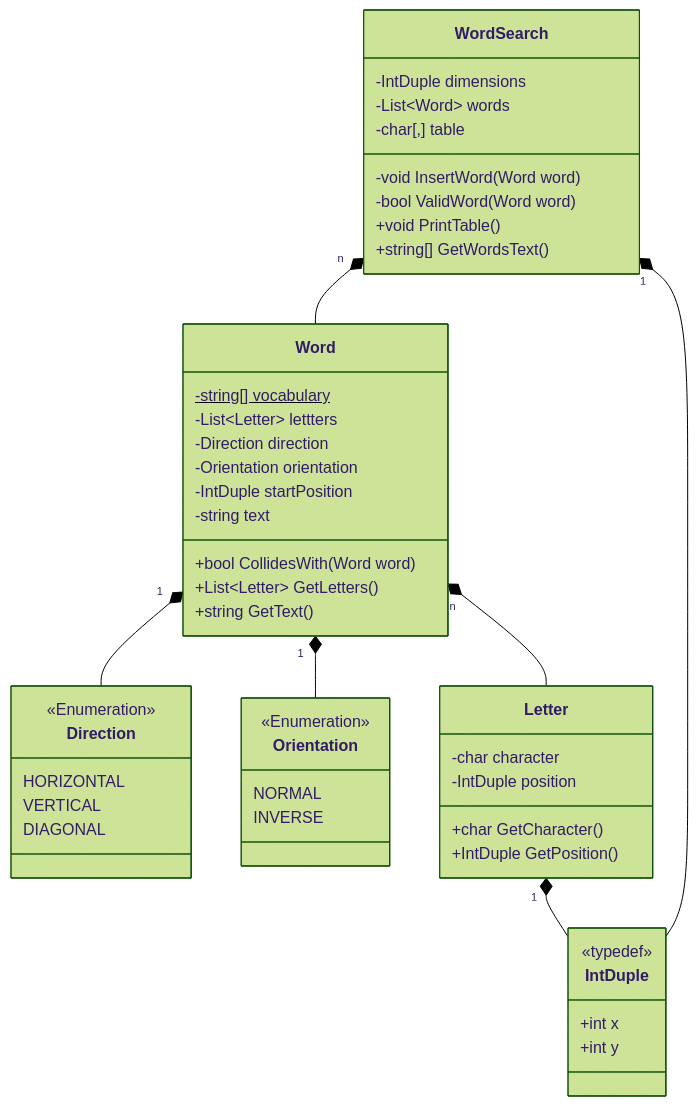
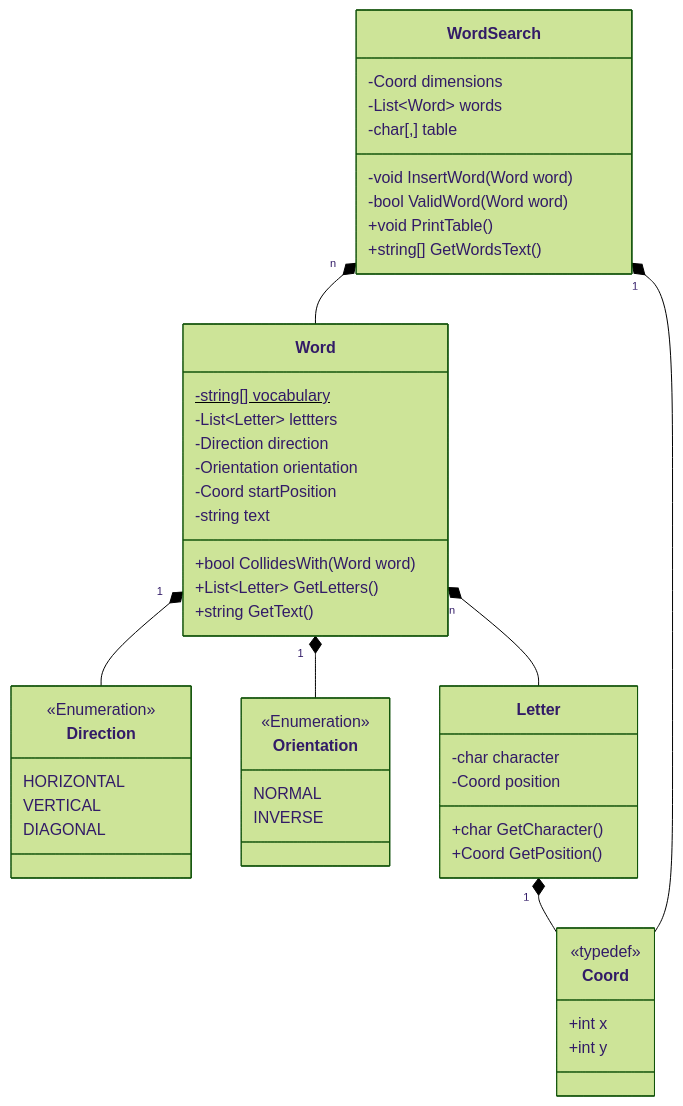
Before and after one commit to gus-campos/word-search: the first of 2 diagrams in README.md, drawn with Mermaid (forest theme). The commit also changed 16 other files, not shown here.

````diff
--- a/README.md
+++ b/README.md
@@ -26,73 +26,73 @@
 ```mermaid
 
 classDiagram
 
 Word "1" *-- Direction
 Word "1" *-- Orientation
 Word "n "*-- Letter
 
 WordSearch "n" *-- Word
-WordSearch "1" *-- IntDuple
+WordSearch "1" *-- Coord
 
-Letter "1" *-- IntDuple
+Letter "1" *-- Coord
 
-class IntDuple {
+class Coord {
 	<<typedef>>
 	+int x
 	+int y
 }
 
 class Orientation {
 
 	<<Enumeration>>
 	NORMAL
 	INVERSE
 }
 
   
 
 class Direction {
 
 	<<Enumeration>>
 	HORIZONTAL
 	VERTICAL
 	DIAGONAL
 }
 
 class Letter {
 
 	-char character
-	-IntDuple position
+	-Coord position
 	
 	+char GetCharacter()
-	+IntDuple GetPosition()
+	+Coord GetPosition()
 }
 
 class Word{
 
 	-string[] vocabulary$
 	-List~Letter~ lettters
 	-Direction direction
 	-Orientation orientation
-	-IntDuple startPosition
+	-Coord startPosition
 	-string text
 	
 	+bool CollidesWith(Word word)
 	+List~Letter~ GetLetters()
 	+string GetText()
 }
 
 class WordSearch {
 
-	-IntDuple dimensions
+	-Coord dimensions
 	-List~Word~ words
 	-char[,] table
 	
 	-void InsertWord(Word word)
 	-bool ValidWord(Word word)
 	
 	+void PrintTable()
 	+string[] GetWordsText()
 }
 
 ```
````
